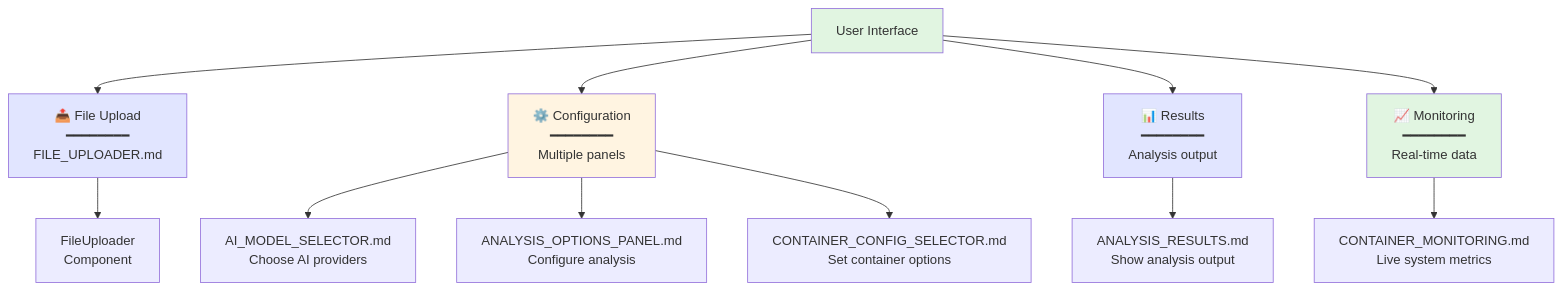
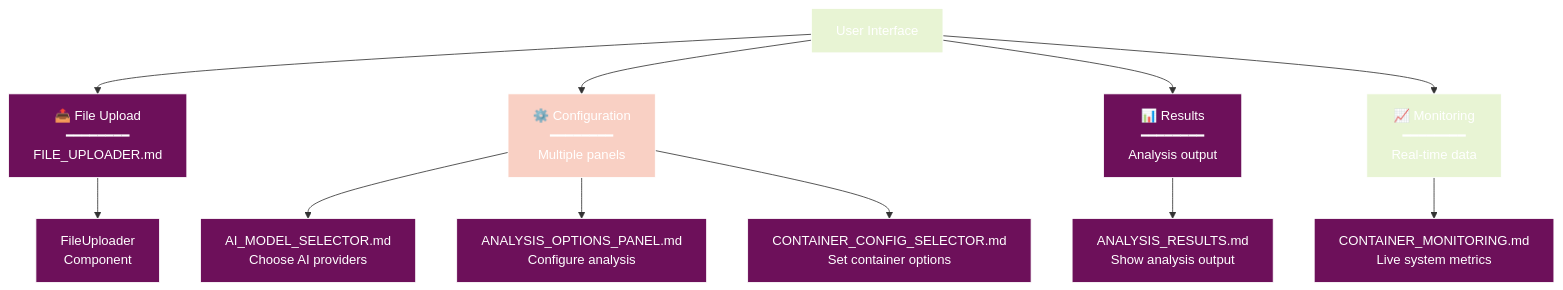
Before and after one commit to radicalkjax/Athena: the diagram in docs/components/README.md, drawn with Mermaid. The commit also changed 27 other files, not shown here.

Commit message:
Introduction of expo package manager. Updated docs to reflect changes. Unified mermaid theme for docs.

````diff
--- a/docs/components/README.md
+++ b/docs/components/README.md
@@ -14,23 +14,44 @@
 ```mermaid
+%%{init: {
+  'theme': 'base',
+  'themeVariables': {
+    'primaryColor': '#6d105a',
+    'primaryTextColor': '#ffffff',
+    'primaryBorderColor': '#ffffff',
+    'lineColor': '#333333',
+    'secondaryColor': '#e8f4d4',
+    'secondaryTextColor': '#333333',
+    'secondaryBorderColor': '#333333',
+    'tertiaryColor': '#f9d0c4',
+    'tertiaryTextColor': '#333333',
+    'tertiaryBorderColor': '#333333',
+    'background': '#ffffff',
+    'mainBkg': '#6d105a',
+    'secondBkg': '#e8f4d4',
+    'tertiaryBkg': '#f9d0c4',
+    'textColor': '#333333',
+    'fontFamily': 'Arial, sans-serif'
+  }
+}}%%
 flowchart TD
     User[User Interface] --> Upload[📤 File Upload<br/>━━━━━━━━<br/>FILE_UPLOADER.md]
     User --> Config[⚙️ Configuration<br/>━━━━━━━━<br/>Multiple panels]
     User --> Results[📊 Results<br/>━━━━━━━━<br/>Analysis output]
     User --> Monitor[📈 Monitoring<br/>━━━━━━━━<br/>Real-time data]
     
     Upload --> FileComp[FileUploader<br/>Component]
     
     Config --> AI[AI_MODEL_SELECTOR.md<br/>Choose AI providers]
     Config --> Analysis[ANALYSIS_OPTIONS_PANEL.md<br/>Configure analysis]
     Config --> Container[CONTAINER_CONFIG_SELECTOR.md<br/>Set container options]
     
     Results --> Display[ANALYSIS_RESULTS.md<br/>Show analysis output]
     
     Monitor --> Live[CONTAINER_MONITORING.md<br/>Live system metrics]
     
-    style User fill:#e1f5e1
-    style Upload fill:#e1e5ff
-    style Config fill:#fff4e1
-    style Results fill:#e1e5ff
-    style Monitor fill:#e1f5e1
+    style User fill:#e8f4d4
+    style Upload fill:#6d105a
+    style Config fill:#f9d0c4
+    style Results fill:#6d105a
+    style Monitor fill:#e8f4d4
 ```
````
